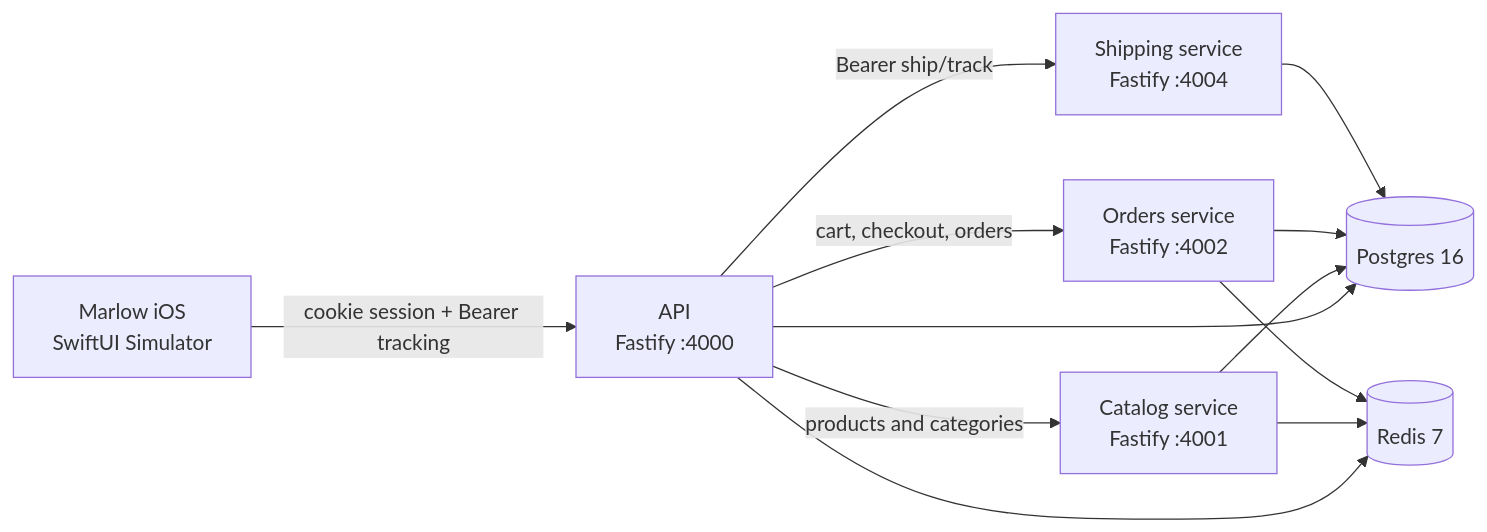
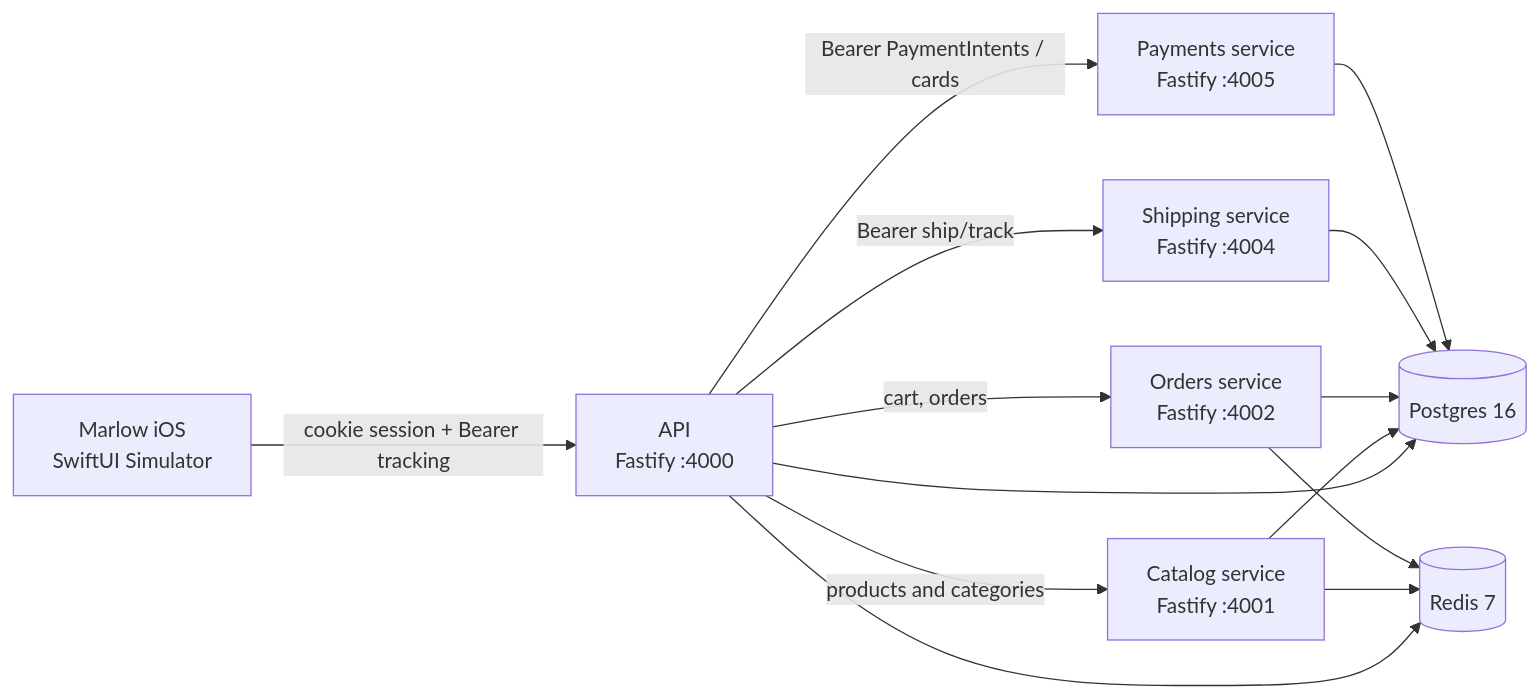
The first of 3 diagrams in ios/Marlow/ARCHITECTURE.md (VinceBarresi/Marlow), drawn with Mermaid before and after one commit. The commit also changed other lines of this file and 34 other files, not shown here.

First line of the commit message:
Add Stripe-style payments sandbox with tokenized cards on file.

````diff
--- a/ios/Marlow/ARCHITECTURE.md
+++ b/ios/Marlow/ARCHITECTURE.md
@@ -11,22 +11,25 @@
 ```mermaid
 flowchart LR
   iosApp["Marlow iOS<br/>SwiftUI Simulator"]
   api["API<br/>Fastify :4000"]
   catalog["Catalog service<br/>Fastify :4001"]
   orders["Orders service<br/>Fastify :4002"]
   shipping["Shipping service<br/>Fastify :4004"]
+  payments["Payments service<br/>Fastify :4005"]
   pg[("Postgres 16")]
   redis[("Redis 7")]
 
   iosApp -->|"cookie session + Bearer tracking"| api
   api -->|"products and categories"| catalog
-  api -->|"cart, checkout, orders"| orders
+  api -->|"cart, orders"| orders
+  api -->|"Bearer PaymentIntents / cards"| payments
   api -->|"Bearer ship/track"| shipping
   api --> pg
   api --> redis
   catalog --> pg
   catalog --> redis
   orders --> pg
   orders --> redis
   shipping --> pg
+  payments --> pg
 ```
````
